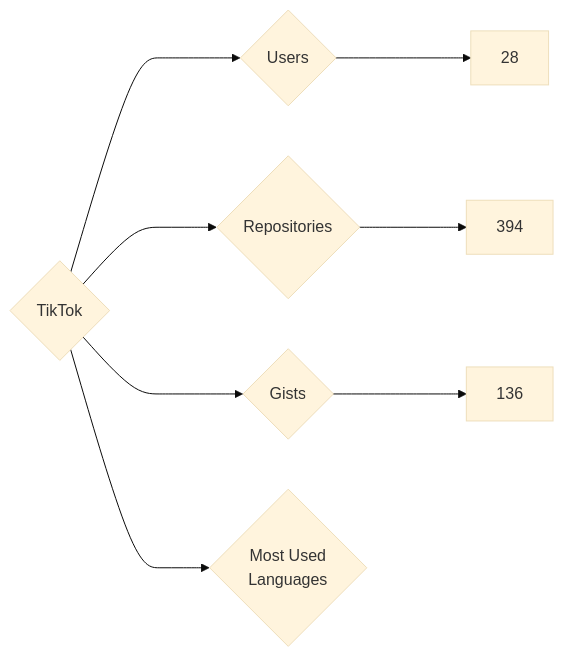
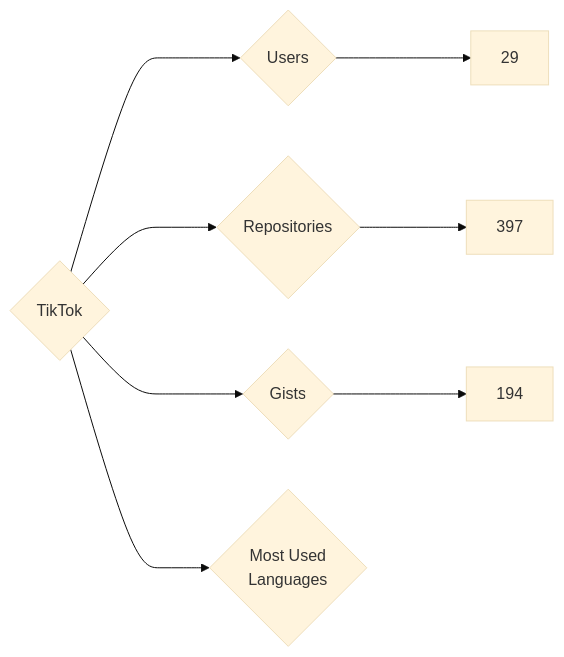
The diagram in targets/TikTok/README.md (nenadzaric/insiders), drawn with Mermaid (base theme) before and after one commit. The commit also changed 1342 other files, not shown here.

````diff
--- a/targets/TikTok/README.md
+++ b/targets/TikTok/README.md
@@ -3,8 +3,8 @@
 ```mermaid
 graph LR
 COMPANY_NAME{TikTok}
-COMPANY_NAME ---> U{Users} ---> UN[28]
-COMPANY_NAME ---> R{Repositories} ---> RN[394]
-COMPANY_NAME ---> G{Gists} ---> GN[136]
+COMPANY_NAME ---> U{Users} ---> UN[29]
+COMPANY_NAME ---> R{Repositories} ---> RN[397]
+COMPANY_NAME ---> G{Gists} ---> GN[194]
 COMPANY_NAME ---> ML{Most Used<br>Languages}
 ```
````
